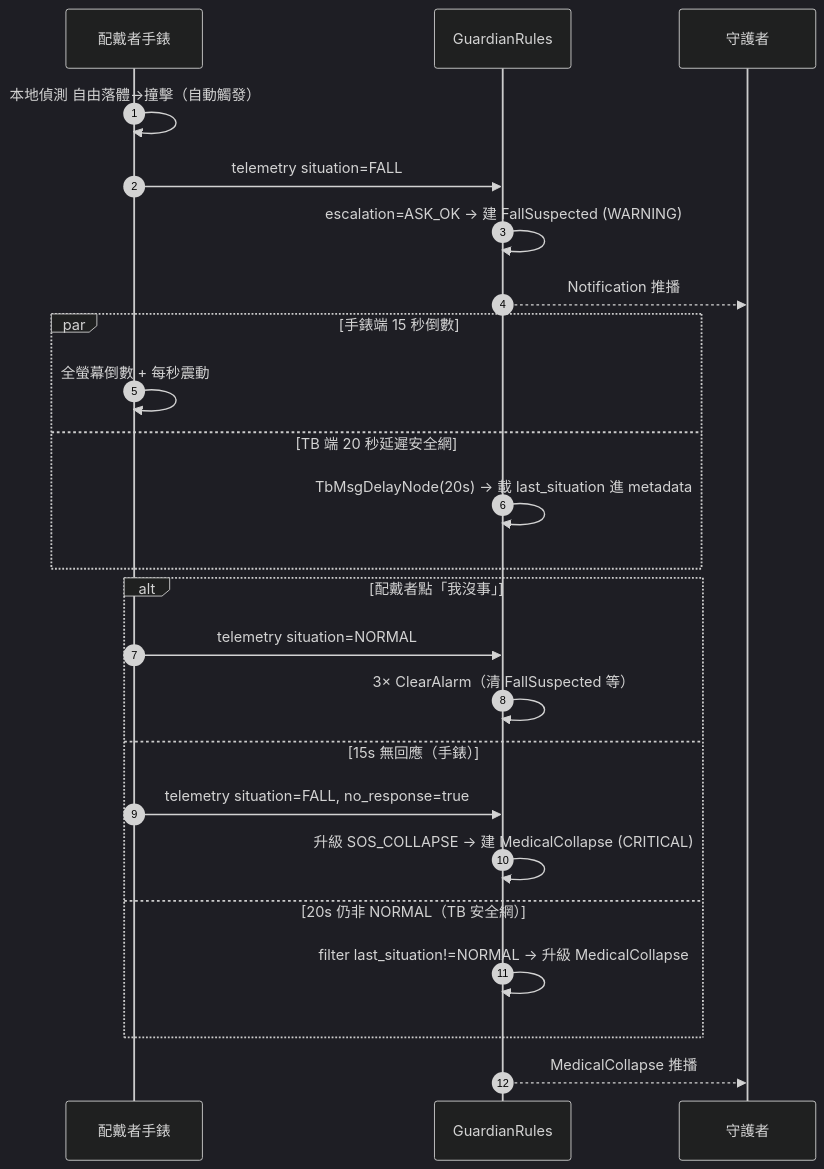
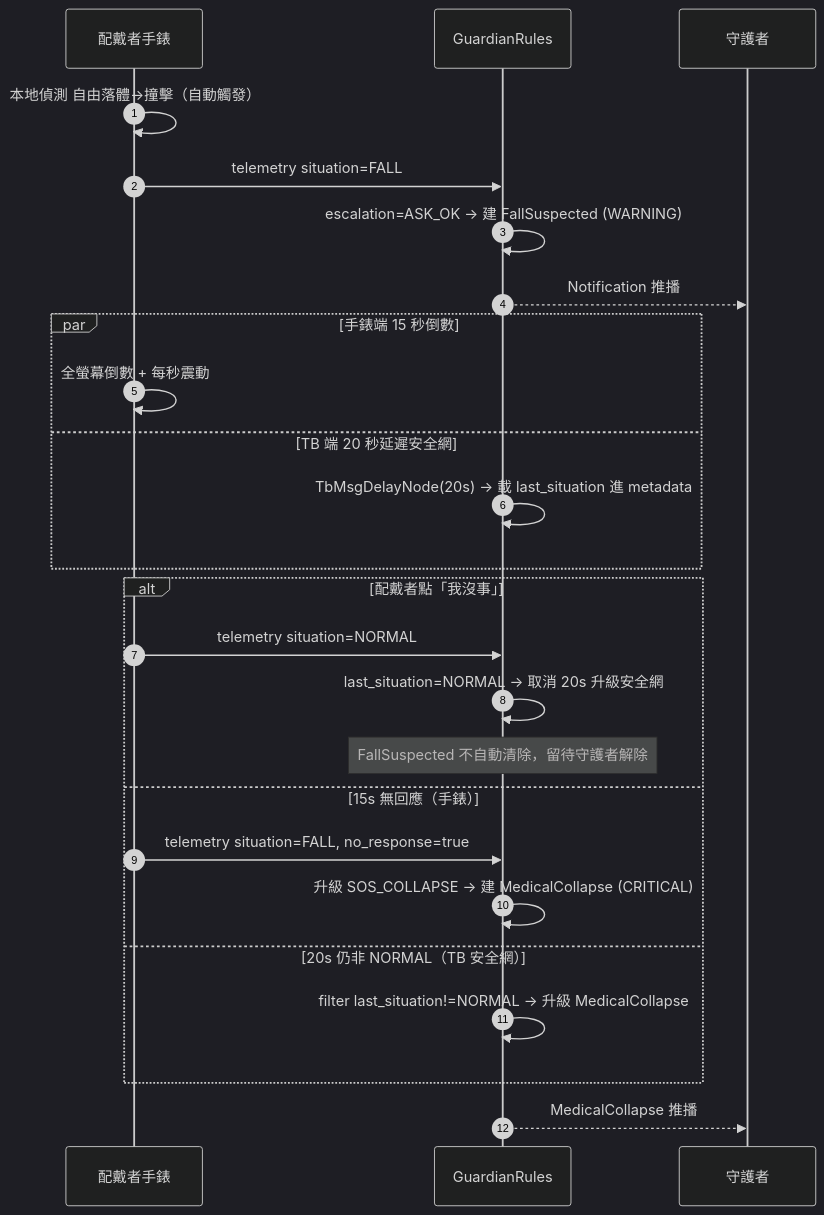
Before and after one commit to Zrn-code/iot-fall-guardian: the third of 7 diagrams in docs/architecture.md, drawn with Mermaid (dark theme). The commit also changed other lines of this file and 14 other files, not shown here.

````diff
--- a/docs/architecture.md
+++ b/docs/architecture.md
@@ -177,27 +177,28 @@
 ```mermaid
 sequenceDiagram
   autonumber
   participant W as 配戴者手錶
   participant TB as GuardianRules
   participant G as 守護者
 
   W->>W: 本地偵測 自由落體→撞擊（自動觸發）
   W->>TB: telemetry situation=FALL
   TB->>TB: escalation=ASK_OK → 建 FallSuspected (WARNING)
   TB-->>G: Notification 推播
   par 手錶端 15 秒倒數
     W->>W: 全螢幕倒數 + 每秒震動
   and TB 端 20 秒延遲安全網
     TB->>TB: TbMsgDelayNode(20s) → 載 last_situation 進 metadata
   end
   alt 配戴者點「我沒事」
     W->>TB: telemetry situation=NORMAL
-    TB->>TB: 3× ClearAlarm（清 FallSuspected 等）
+    TB->>TB: last_situation=NORMAL → 取消 20s 升級安全網
+    Note over TB: FallSuspected 不自動清除，留待守護者解除
   else 15s 無回應（手錶）
     W->>TB: telemetry situation=FALL, no_response=true
     TB->>TB: 升級 SOS_COLLAPSE → 建 MedicalCollapse (CRITICAL)
   else 20s 仍非 NORMAL（TB 安全網）
     TB->>TB: filter last_situation!=NORMAL → 升級 MedicalCollapse
   end
   TB-->>G: MedicalCollapse 推播
 ```
````
